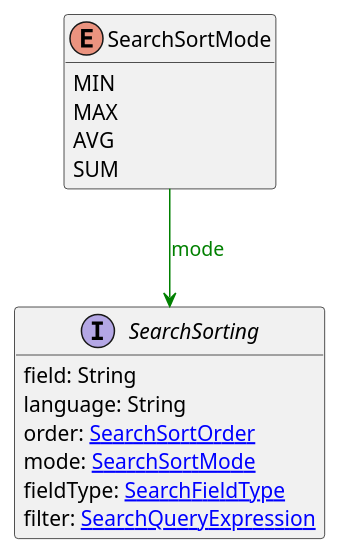
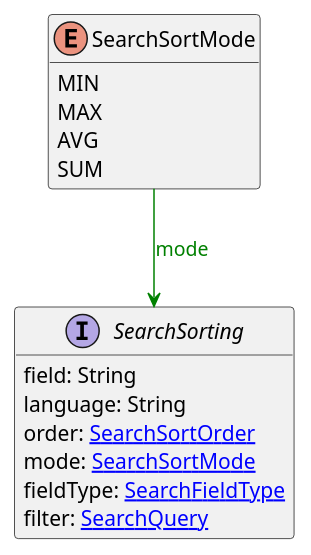
Before and after one commit to commercetools/commercetools-api-reference: the diagram in uml/api/SearchSortMode.puml, drawn with PlantUML. The commit also changed 12 other files, not shown here.

```diff
--- a/uml/api/SearchSortMode.puml
+++ b/uml/api/SearchSortMode.puml
@@ -1,19 +1,19 @@
 @startuml
 
 hide methods
 enum SearchSortMode {
     MIN
     MAX
     AVG
     SUM
 }
 interface SearchSorting [[SearchSorting.svg]]  {
     field: String
     language: String
     order: [[SearchSortOrder.svg SearchSortOrder]]
     mode: [[SearchSortMode.svg SearchSortMode]]
     fieldType: [[SearchFieldType.svg SearchFieldType]]
-    filter: [[SearchQueryExpression.svg SearchQueryExpression]]
+    filter: [[SearchQuery.svg SearchQuery]]
 }
 SearchSortMode --> SearchSorting #green;text:green : "mode"
 @enduml
```
